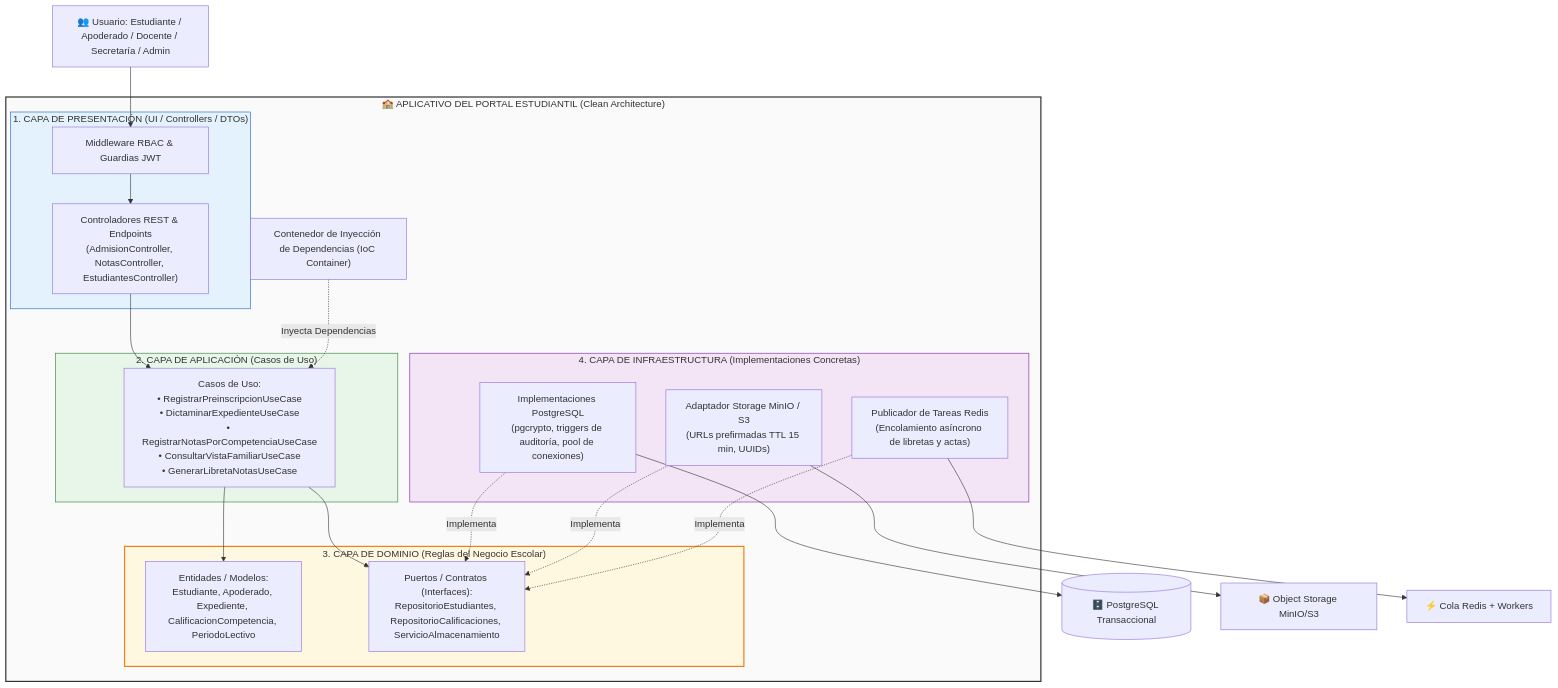
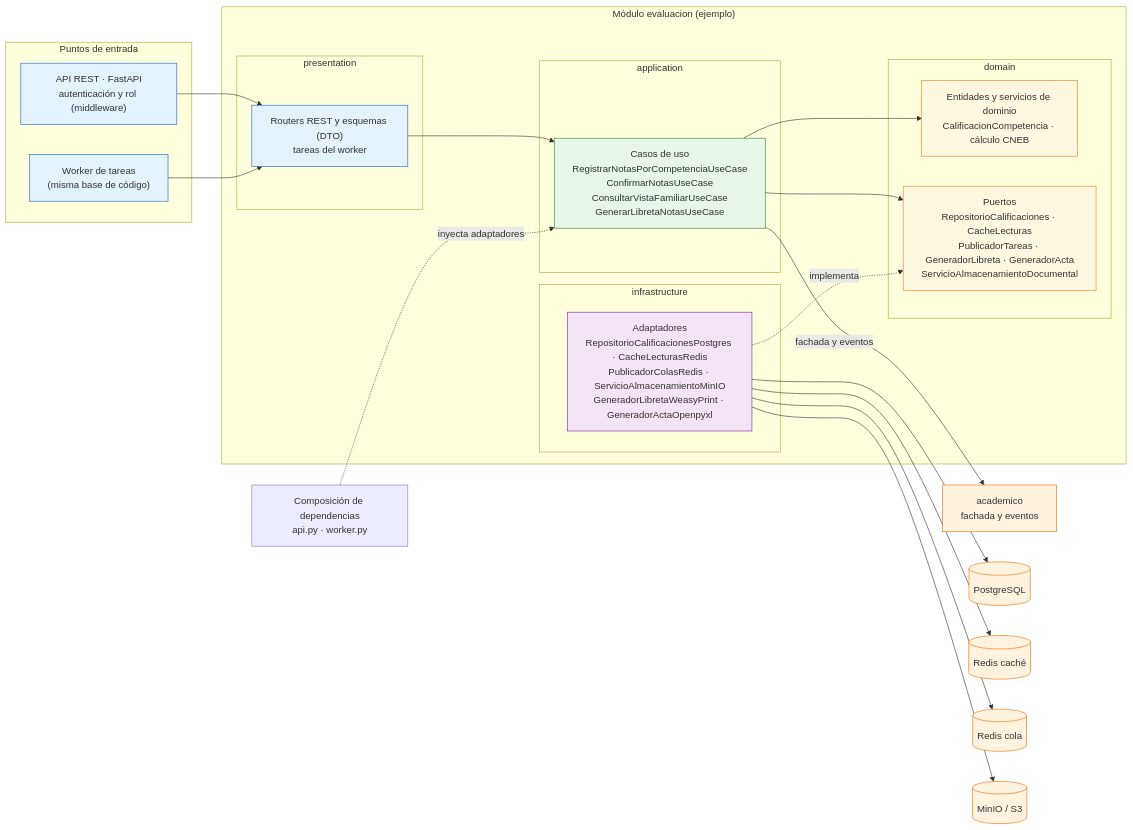
Before and after one commit to HafidJoss/PORTAL_DE_SERVICIOS_ESTUDIANTILES: the diagram in Arquitectura/enfoque/enfoque-arquitectonico.md, drawn with Mermaid. The commit also changed other lines of this file, not shown here.

````diff
--- a/Arquitectura/enfoque/enfoque-arquitectonico.md
+++ b/Arquitectura/enfoque/enfoque-arquitectonico.md
@@ -43,66 +86,55 @@
 ```mermaid
-graph TD
-    %% Actor
-    Usuario[👥 Usuario: Estudiante / Apoderado / Docente / Secretaría / Admin]
-
-    %% Aplicación en Clean Architecture
-    subgraph CleanArchApp ["🏫 APLICATIVO DEL PORTAL ESTUDIANTIL (Clean Architecture)"]
-        
-        %% CAPA 1: PRESENTACIÓN
-        subgraph CapaPres ["1. CAPA DE PRESENTACIÓN (UI / Controllers / DTOs)"]
-            Controllers["Controladores REST & Endpoints<br/>(AdmisionController, NotasController, EstudiantesController)"]
-            Middlewares["Middleware RBAC & Guardias JWT"]
-        end
-
-        %% CAPA 2: APLICACIÓN
-        subgraph CapaApp ["2. CAPA DE APLICACIÓN (Casos de Uso)"]
-            UC["Casos de Uso:<br/>• RegistrarPreinscripcionUseCase<br/>• DictaminarExpedienteUseCase<br/>• RegistrarNotasPorCompetenciaUseCase<br/>• ConsultarVistaFamiliarUseCase<br/>• GenerarLibretaNotasUseCase"]
-        end
-
-        %% CAPA 3: DOMINIO
-        subgraph CapaDom ["3. CAPA DE DOMINIO (Reglas del Negocio Escolar)"]
-            Entidades["Entidades / Modelos:<br/>Estudiante, Apoderado, Expediente, CalificacionCompetencia, PeriodoLectivo"]
-            Puertos["Puertos / Contratos (Interfaces):<br/>RepositorioEstudiantes, RepositorioCalificaciones, ServicioAlmacenamiento"]
-        end
-
-        %% CAPA 4: INFRAESTRUCTURA
-        subgraph CapaInfra ["4. CAPA DE INFRAESTRUCTURA (Implementaciones Concretas)"]
-            PostgresImpl["Implementaciones PostgreSQL<br/>(pgcrypto, triggers de auditoría, pool de conexiones)"]
-            StorageImpl["Adaptador Storage MinIO / S3<br/>(URLs prefirmadas TTL 15 min, UUIDs)"]
-            QueueImpl["Publicador de Tareas Redis<br/>(Encolamiento asíncrono de libretas y actas)"]
-        end
-
-        %% Inyección de Dependencias
-        Container["Contenedor de Inyección de Dependencias (IoC Container)"]
+flowchart LR
+    subgraph ENT["Puntos de entrada"]
+        API["API REST · FastAPI<br/>autenticación y rol (middleware)"]
+        WKR["Worker de tareas<br/>(misma base de código)"]
     end
 
-    %% Componentes Externos
-    PG[("🗄️ PostgreSQL Transaccional")]
-    Bucket["📦 Object Storage MinIO/S3"]
-    Redis["⚡ Cola Redis + Workers"]
+    CR["Composición de dependencias<br/>api.py · worker.py"]
 
-    %% Flujos y Regla de la Dependencia hacia Adentro
-    Usuario --> Middlewares
-    Middlewares --> Controllers
-    Controllers --> UC
-    UC --> Entidades
-    UC --> Puertos
+    subgraph EV["Módulo evaluacion (ejemplo)"]
+        subgraph PRES["presentation"]
+            RT["Routers REST y esquemas (DTO)<br/>tareas del worker"]
+        end
+        subgraph APPL["application"]
+            UC["Casos de uso<br/>RegistrarNotasPorCompetenciaUseCase<br/>ConfirmarNotasUseCase<br/>ConsultarVistaFamiliarUseCase<br/>GenerarLibretaNotasUseCase"]
+        end
+        subgraph DOM["domain"]
+            ENTD["Entidades y servicios de dominio<br/>CalificacionCompetencia · cálculo CNEB"]
+            PRT["Puertos<br/>RepositorioCalificaciones · CacheLecturas<br/>PublicadorTareas · GeneradorLibreta · GeneradorActa<br/>ServicioAlmacenamientoDocumental"]
+        end
+        subgraph INF["infrastructure"]
+            AD["Adaptadores<br/>RepositorioCalificacionesPostgres · CacheLecturasRedis<br/>PublicadorColasRedis · ServicioAlmacenamientoMinIO<br/>GeneradorLibretaWeasyPrint · GeneradorActaOpenpyxl"]
+        end
+    end
 
-    %% Inversión de Control
-    PostgresImpl -.->|Implementa| Puertos
-    StorageImpl -.->|Implementa| Puertos
-    QueueImpl -.->|Implementa| Puertos
-    Container -.->|Inyecta Dependencias| UC
+    ACF["academico<br/>fachada y eventos"]
+    PG[("PostgreSQL")]
+    RC[("Redis caché")]
+    RQ[("Redis cola")]
+    S3[("MinIO / S3")]
 
-    %% Comunicación Externa
-    PostgresImpl --> PG
-    StorageImpl --> Bucket
-    QueueImpl --> Redis
+    API --> RT
+    WKR --> RT
+    RT --> UC
+    UC --> ENTD
+    UC --> PRT
+    UC -->|"fachada y eventos"| ACF
+    AD -.->|implementa| PRT
+    CR -.->|"inyecta adaptadores"| UC
+    AD --> PG
+    AD --> RC
+    AD --> RQ
+    AD --> S3
 
-    %% Estilos
-    style CleanArchApp fill:#fafafa,stroke:#333,stroke-width:2px
-    style CapaPres fill:#e3f2fd,stroke:#1565c0,stroke-width:1px
-    style CapaApp fill:#e8f5e9,stroke:#2e7d32,stroke-width:1px
-    style CapaDom fill:#fff8e1,stroke:#f57f17,stroke-width:2px
-    style CapaInfra fill:#f3e5f5,stroke:#7b1fa2,stroke-width:1px
+    classDef cEnt fill:#e3f2fd,stroke:#1565c0
+    classDef cApp fill:#e8f5e9,stroke:#2e7d32
+    classDef cDom fill:#fff8e1,stroke:#f57f17
+    classDef cInf fill:#f3e5f5,stroke:#7b1fa2
+    classDef cExt fill:#fff3e0,stroke:#ef6c00
+    class API,WKR,RT cEnt
+    class UC cApp
+    class ENTD,PRT cDom
+    class AD cInf
+    class PG,RC,RQ,S3,ACF cExt
 ```
````
